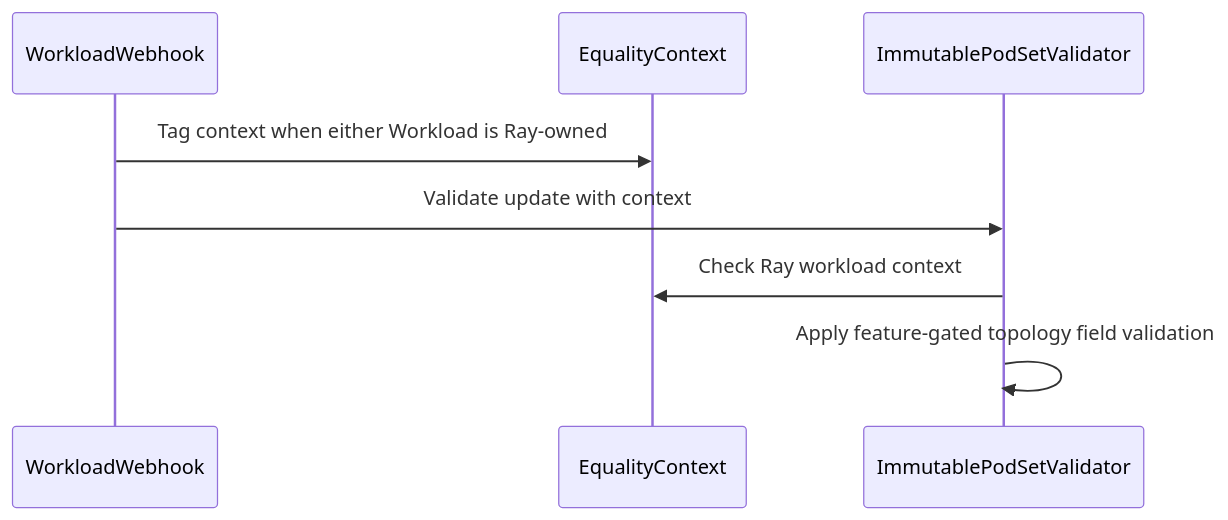
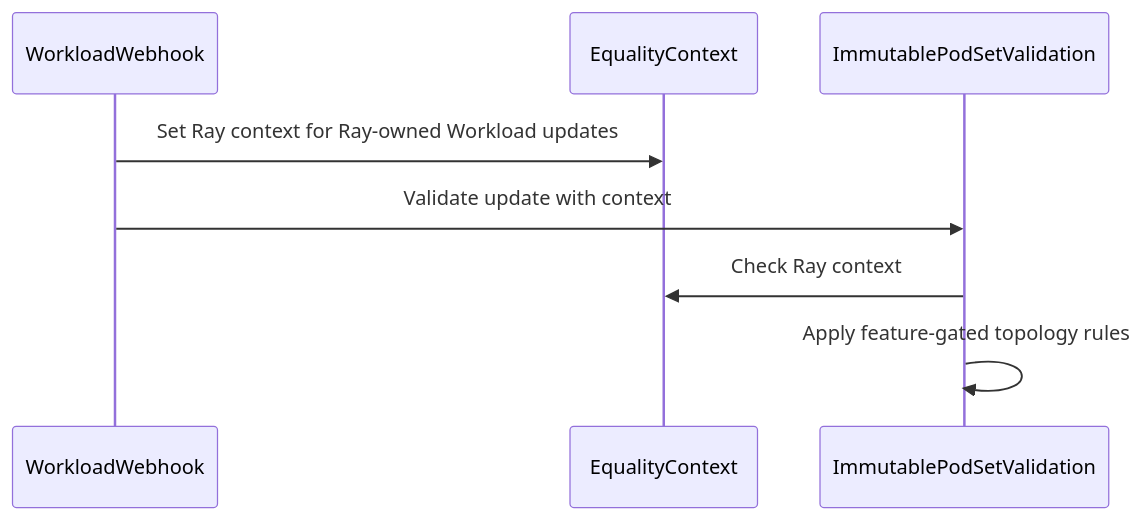
Before and after one commit to reruno/kueue-llm-wiki: the diagram in raw/github/kubernetes-sigs__kueue/pr-15677.md, drawn with Mermaid. The commit also changed other lines of this file and 1468 other files, not shown here.

````diff
--- a/raw/github/kubernetes-sigs__kueue/pr-15677.md
+++ b/raw/github/kubernetes-sigs__kueue/pr-15677.md
@@ -171,10 +176,10 @@
 ```mermaid
 sequenceDiagram
   participant WorkloadWebhook
   participant EqualityContext
-  participant ImmutablePodSetValidator
-  WorkloadWebhook->>EqualityContext: Tag context when either Workload is Ray-owned
-  WorkloadWebhook->>ImmutablePodSetValidator: Validate update with context
-  ImmutablePodSetValidator->>EqualityContext: Check Ray workload context
-  ImmutablePodSetValidator->>ImmutablePodSetValidator: Apply feature-gated topology field validation
+  participant ImmutablePodSetValidation
+  WorkloadWebhook->>EqualityContext: Set Ray context for Ray-owned Workload updates
+  WorkloadWebhook->>ImmutablePodSetValidation: Validate update with context
+  ImmutablePodSetValidation->>EqualityContext: Check Ray context
+  ImmutablePodSetValidation->>ImmutablePodSetValidation: Apply feature-gated topology rules
 ```
````
